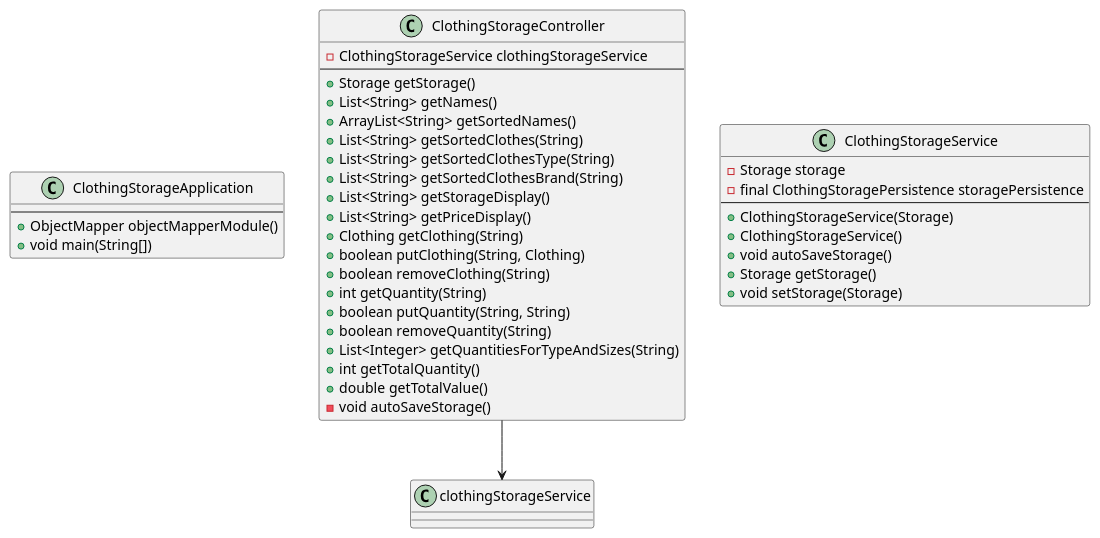
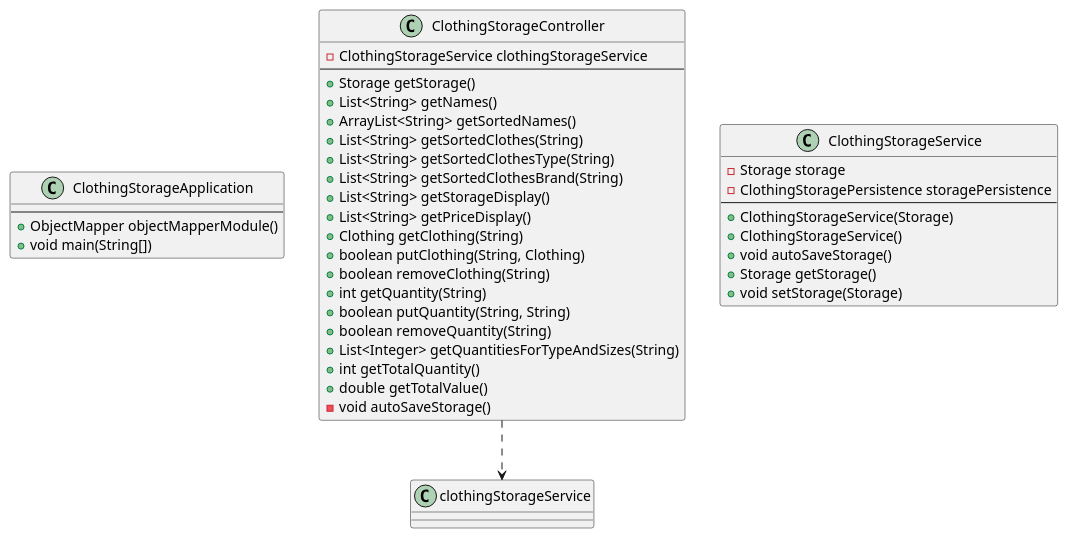
The diagram in docs/release3/diagrams/restserverClassDiagram.puml (olejacobmellgren/clothingStorage), drawn with PlantUML before and after one commit. The commit also changed 4 other files, not shown here.

First line of the commit message:
#39 Added dependencies to class diagrams

```diff
--- a/docs/release3/diagrams/restserverClassDiagram.puml
+++ b/docs/release3/diagrams/restserverClassDiagram.puml
@@ -1,48 +1,48 @@
 @startuml restserver  
 
 class ClothingStorageApplication
 {
     --
     +ObjectMapper objectMapperModule()
     +void main(String[])
 }
 
 class ClothingStorageController
 {
     -ClothingStorageService clothingStorageService
     --
     +Storage getStorage()
     +List<String> getNames()
     +ArrayList<String> getSortedNames()
     +List<String> getSortedClothes(String)
     +List<String> getSortedClothesType(String)
     +List<String> getSortedClothesBrand(String)
     +List<String> getStorageDisplay()
     +List<String> getPriceDisplay()
     +Clothing getClothing(String)
     +boolean putClothing(String, Clothing)
     +boolean removeClothing(String)
     +int getQuantity(String)
     +boolean putQuantity(String, String)
     +boolean removeQuantity(String)
     +List<Integer> getQuantitiesForTypeAndSizes(String)
     +int getTotalQuantity()
     +double getTotalValue()
     -void autoSaveStorage()
 }
 
 class ClothingStorageService
 {
     -Storage storage
-    -final ClothingStoragePersistence storagePersistence
+    -ClothingStoragePersistence storagePersistence
     --
     +ClothingStorageService(Storage)
     +ClothingStorageService()
     +void autoSaveStorage()
     +Storage getStorage()
     +void setStorage(Storage)
 }
 
-ClothingStorageController --> clothingStorageService
+ClothingStorageController ..> clothingStorageService
 
 @enduml
```
